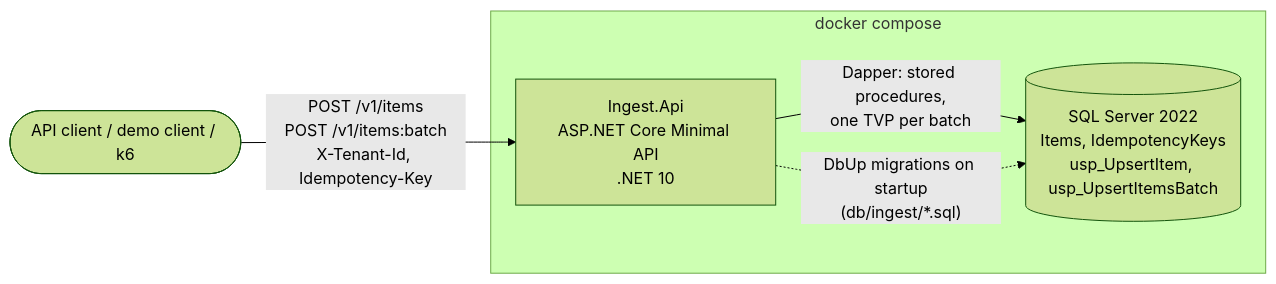
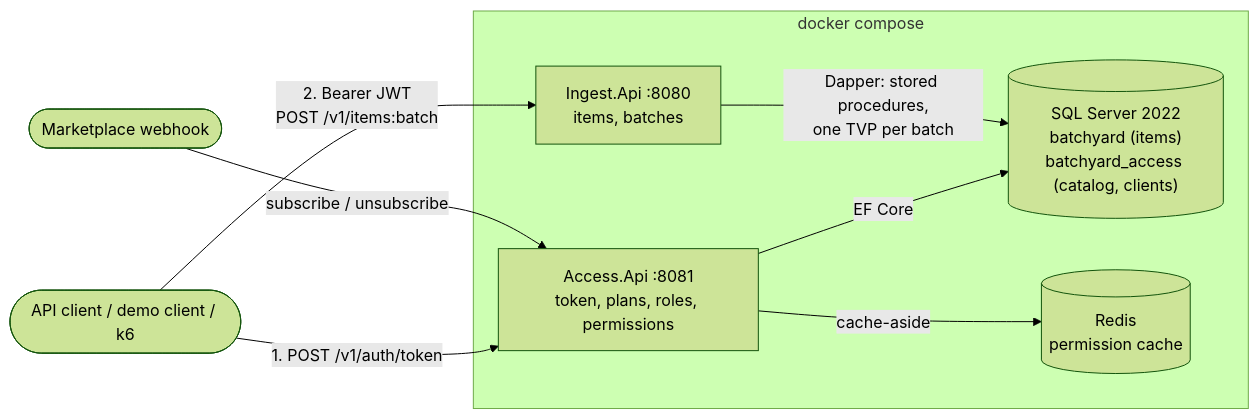
Before and after one commit to Arggon/dotnet-batchyard: the first of 4 diagrams in docs/architecture.md, drawn with Mermaid (forest theme). The commit also changed other lines of this file and 2 other files, not shown here.

First line of the commit message:
docs: update README, architecture and benchmarks for M2

````diff
--- a/docs/architecture.md
+++ b/docs/architecture.md
@@ -7,11 +7,17 @@
 ```mermaid
 flowchart LR
     client([API client / demo client / k6])
+    market([Marketplace webhook])
     subgraph compose [docker compose]
-        api["Ingest.Api<br/>ASP.NET Core Minimal API<br/>.NET 10"]
-        db[("SQL Server 2022<br/>Items, IdempotencyKeys<br/>usp_UpsertItem, usp_UpsertItemsBatch")]
+        access["Access.Api :8081<br/>token, plans, roles, permissions"]
+        api["Ingest.Api :8080<br/>items, batches"]
+        db[("SQL Server 2022<br/>batchyard (items)<br/>batchyard_access (catalog, clients)")]
+        redis[("Redis<br/>permission cache")]
     end
-    client -->|"POST /v1/items<br/>POST /v1/items:batch<br/>X-Tenant-Id, Idempotency-Key"| api
+    client -->|"1. POST /v1/auth/token"| access
+    client -->|"2. Bearer JWT<br/>POST /v1/items:batch"| api
+    market -->|"subscribe / unsubscribe"| access
+    access -->|EF Core| db
+    access -->|cache-aside| redis
     api -->|"Dapper: stored procedures,<br/>one TVP per batch"| db
-    api -.->|"DbUp migrations on startup<br/>(db/ingest/*.sql)"| db
 ```
````
